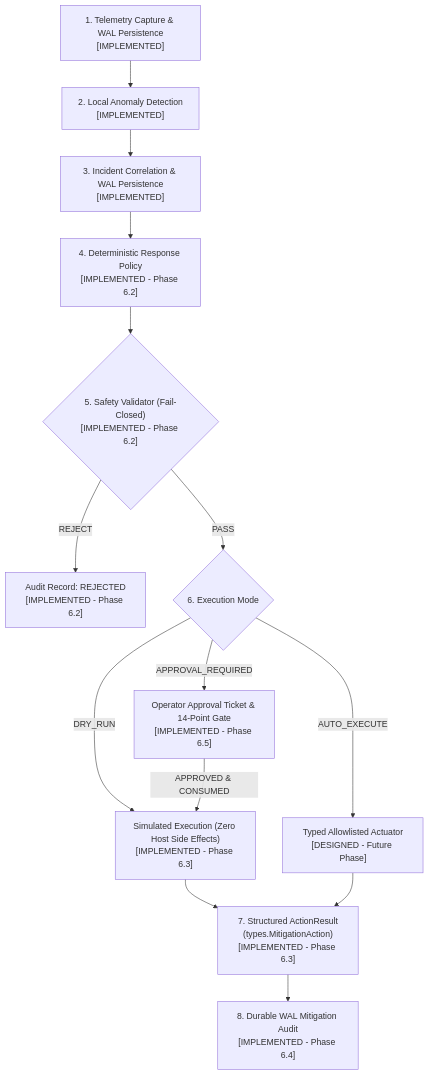
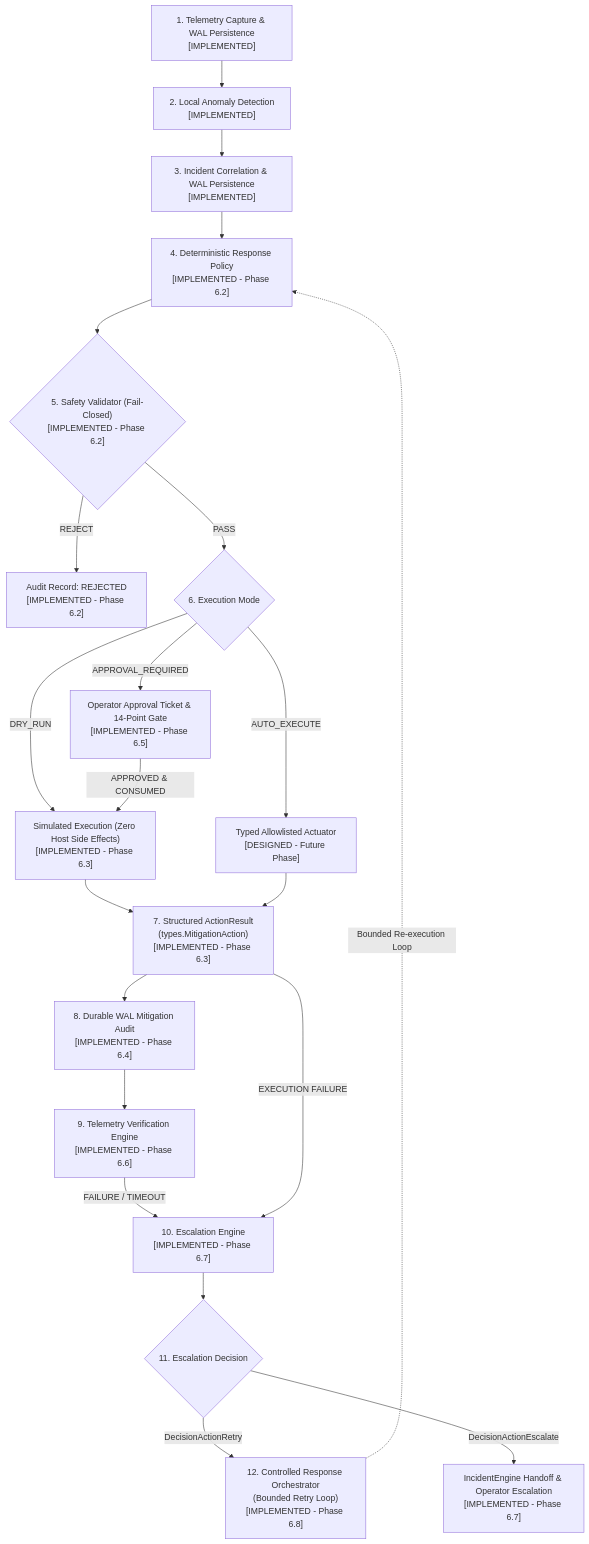
Diagram 12 of 13 in docs/architecture/overview.md (Chamalka-heshi/AegisEdge), drawn with Mermaid before and after one commit. The commit also changed other lines of this file, not shown here.

Commit message:
docs: update system architecture overview

````diff
--- a/docs/architecture/overview.md
+++ b/docs/architecture/overview.md
@@ -438,20 +438,30 @@
 ```mermaid
 flowchart TD
     TEL["1. Telemetry Capture & WAL Persistence\n[IMPLEMENTED]"] --> DET["2. Local Anomaly Detection\n[IMPLEMENTED]"]
     DET --> INC["3. Incident Correlation & WAL Persistence\n[IMPLEMENTED]"]
     INC --> POL["4. Deterministic Response Policy\n[IMPLEMENTED - Phase 6.2]"]
     POL --> VAL{"5. Safety Validator (Fail-Closed)\n[IMPLEMENTED - Phase 6.2]"}
 
     VAL -- "REJECT" --> AUD_REJ["Audit Record: REJECTED\n[IMPLEMENTED - Phase 6.2]"]
     VAL -- "PASS" --> MODE{"6. Execution Mode"}
 
     MODE -- "DRY_RUN" --> SIM["Simulated Execution (Zero Host Side Effects)\n[IMPLEMENTED - Phase 6.3]"]
     MODE -- "AUTO_EXECUTE" --> EXEC["Typed Allowlisted Actuator\n[DESIGNED - Future Phase]"]
     MODE -- "APPROVAL_REQUIRED" --> QUEUE["Operator Approval Ticket & 14-Point Gate\n[IMPLEMENTED - Phase 6.5]"]
 
     QUEUE -- "APPROVED & CONSUMED" --> SIM
     SIM --> RES["7. Structured ActionResult\n(types.MitigationAction)\n[IMPLEMENTED - Phase 6.3]"]
     EXEC --> RES
 
     RES --> AUD["8. Durable WAL Mitigation Audit\n[IMPLEMENTED - Phase 6.4]"]
+    AUD --> VER["9. Telemetry Verification Engine\n[IMPLEMENTED - Phase 6.6]"]
+
+    VER -- "FAILURE / TIMEOUT" --> ESC["10. Escalation Engine\n[IMPLEMENTED - Phase 6.7]"]
+    RES -- "EXECUTION FAILURE" --> ESC
+
+    ESC --> DEC{"11. Escalation Decision"}
+    DEC -- "DecisionActionRetry" --> ORCH["12. Controlled Response Orchestrator\n(Bounded Retry Loop)\n[IMPLEMENTED - Phase 6.8]"]
+    DEC -- "DecisionActionEscalate" --> HANDOFF["IncidentEngine Handoff & Operator Escalation\n[IMPLEMENTED - Phase 6.7]"]
+
+    ORCH -. "Bounded Re-execution Loop" .-> POL
 ```
````
